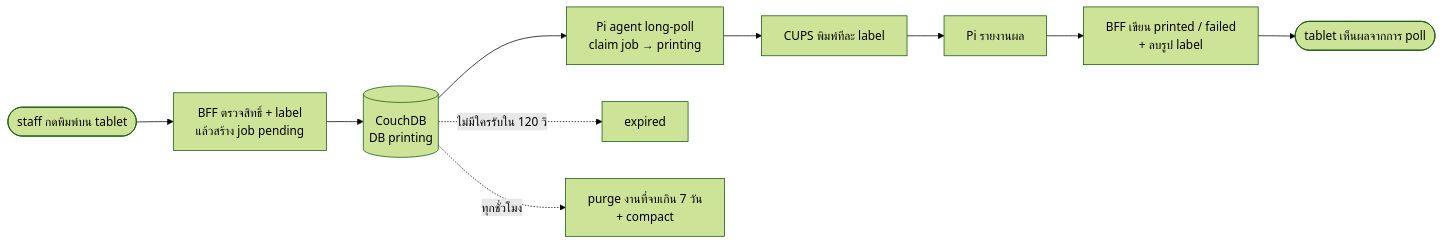
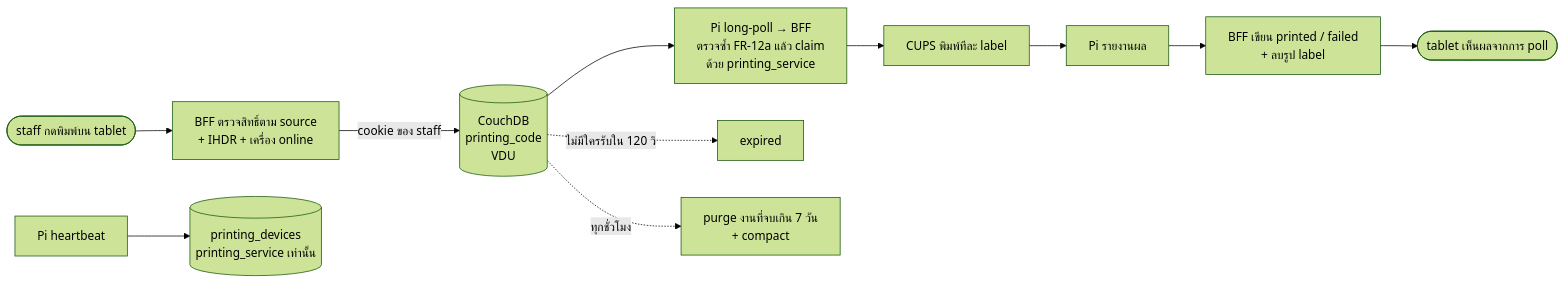
The first of 7 diagrams in docs/changes/draft-print-server.md (r202-coe-psu/tent), drawn with Mermaid (forest theme) before and after one commit. The commit also changed other lines of this file, not shown here.

````diff
--- a/docs/changes/draft-print-server.md
+++ b/docs/changes/draft-print-server.md
@@ -116,12 +185,13 @@
 ```mermaid
 flowchart LR
-    A([staff กดพิมพ์บน tablet]) --> B[BFF ตรวจสิทธิ์ + label<br/>แล้วสร้าง job pending]
-    B --> C[(CouchDB<br/>DB printing)]
-    C --> D[Pi agent long-poll<br/>claim job → printing]
+    A([staff กดพิมพ์บน tablet]) --> B[BFF ตรวจสิทธิ์ตาม source<br/>+ IHDR + เครื่อง online]
+    B -- cookie ของ staff --> C[(CouchDB<br/>printing_code<br/>VDU)]
+    C --> D[Pi long-poll → BFF<br/>ตรวจซ้ำ FR-12a แล้ว claim<br/>ด้วย printing_service]
     D --> E[CUPS พิมพ์ทีละ label]
     E --> F[Pi รายงานผล]
     F --> G[BFF เขียน printed / failed<br/>+ ลบรูป label]
     G --> H([tablet เห็นผลจากการ poll])
     C -. ไม่มีใครรับใน 120 วิ .-> X[expired]
     C -. ทุกชั่วโมง .-> R[purge งานที่จบเกิน 7 วัน<br/>+ compact]
+    P[Pi heartbeat] --> DV[(printing_devices<br/>printing_service เท่านั้น)]
 ```
````
